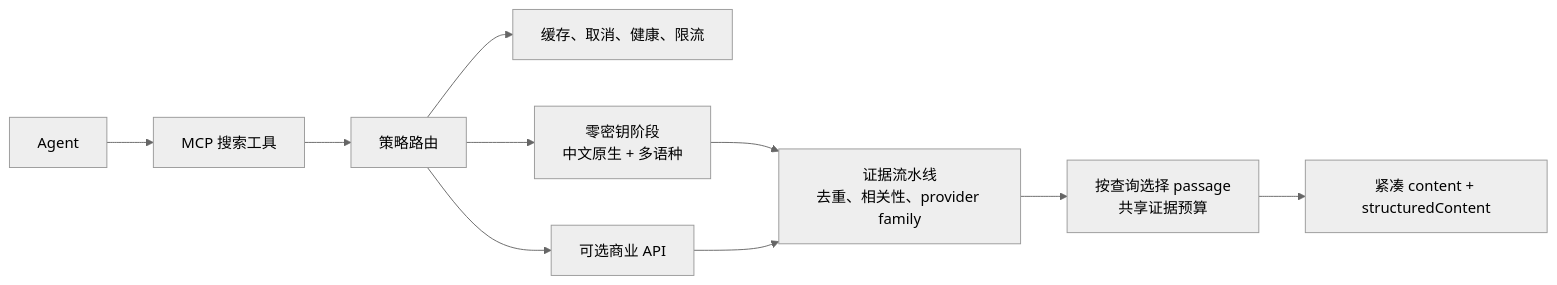
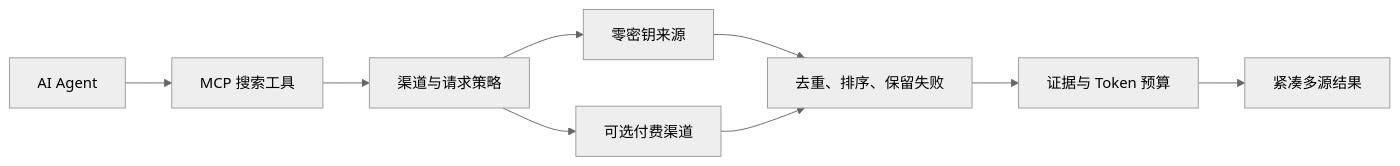
One commit to lennney/agent-search-mcp changed the diagram in README_zh.md. Above: the diagram before and after it, drawn with Mermaid (neutral theme). The commit also changed other lines of this file and 9 other files, not shown here.

````diff
--- a/README_zh.md
+++ b/README_zh.md
@@ -41,12 +89,11 @@
 ```mermaid
 flowchart LR
-    A["Agent"] --> T["MCP 搜索工具"]
-    T --> P["策略路由"]
-    P --> C["缓存、取消、健康、限流"]
-    P --> Z["零密钥阶段<br/>中文原生 + 多语种"]
-    P --> O["可选商业 API"]
-    Z --> E["证据流水线<br/>去重、相关性、provider family"]
+    A["AI Agent"] --> M["MCP 搜索工具"]
+    M --> P["渠道与请求策略"]
+    P --> F["零密钥来源"]
+    P --> O["可选付费渠道"]
+    F --> E["去重、排序、保留失败"]
     O --> E
-    E --> B["按查询选择 passage<br/>共享证据预算"]
-    B --> R["紧凑 content + structuredContent"]
+    E --> B["证据与 Token 预算"]
+    B --> R["紧凑多源结果"]
 ```
````
